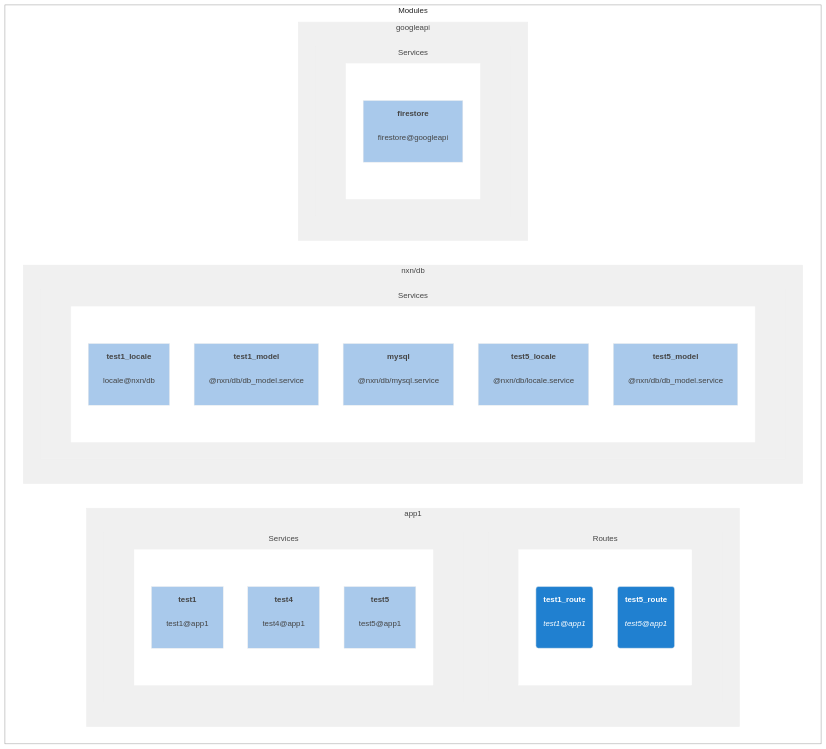
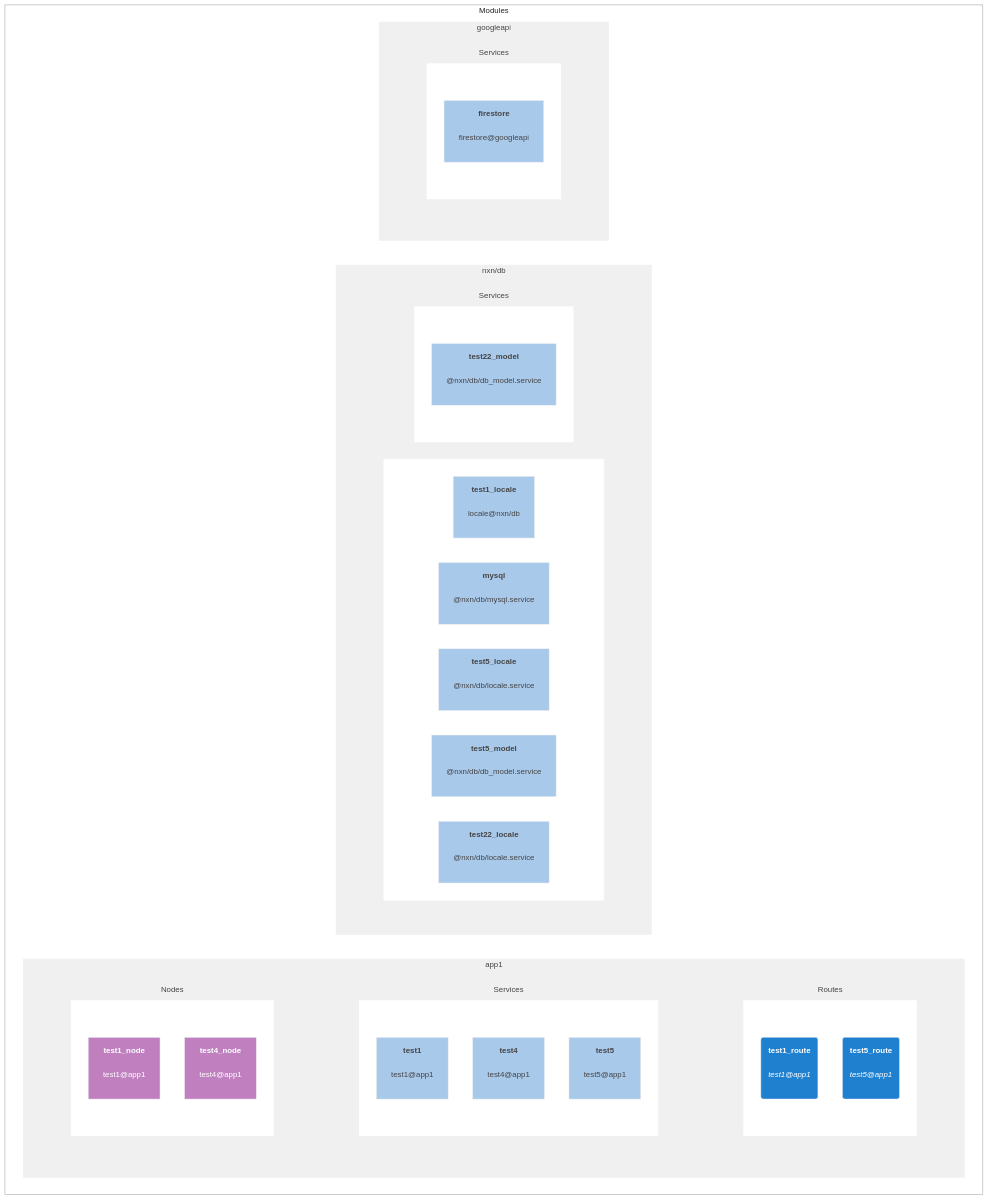
Before and after one commit to franck-yvetot/nxn-cli: the diagram in client_data/default/config_default.modules.README.mmd, drawn with Mermaid. The commit also changed 1 other file, not shown here.

```diff
--- a/client_data/default/config_default.modules.README.mmd
+++ b/client_data/default/config_default.modules.README.mmd
@@ -1,100 +1,124 @@
 graph TB;
 
 subgraph Modules
     direction LR;
     classDef nodeCls fill:#C080C0,stroke:#eee,color:#fff
     classDef routeCls fill:#2080D0,stroke:#eee,color:#fff
     classDef nodCls fill:#C080C0,stroke:#eee,color:#fff
     classDef serviceCls fill:#A9C9EB,stroke:#eee,color:#444
 
 
 subgraph app1
 direction TB;
 
 subgraph app1:routes["Routes"]
 direction LR;
 
 subgraph app1_routes1
 direction TB;
     test1_route_doc("<b>test1_route</b><br><br><i>test1@app1</i><br><br>"):::routeCls
 
     test5_route_doc("<b>test5_route</b><br><br><i>test5@app1</i><br><br>"):::routeCls
 
 end
 style app1_routes1 fill:#fff,stroke:#fff,color:#fff
 
 end
 style app1:routes fill:#f0f0f0,stroke:#eee,color:#444
 
 
 subgraph app1:services["Services"]
 direction LR;
 
 subgraph app1_services1
 direction TB;
     test1_doc["<b>test1</b><br><br>test1@app1<br><br>"]:::serviceCls
 
     test4_doc["<b>test4</b><br><br>test4@app1<br><br>"]:::serviceCls
 
     test5_doc["<b>test5</b><br><br>test5@app1<br><br>"]:::serviceCls
 
 end
 style app1_services1 fill:#fff,stroke:#fff,color:#fff
 
 end
 style app1:services fill:#f0f0f0,stroke:#eee,color:#444
 
+
+subgraph app1:nodes["Nodes"]
+direction LR;
+
+subgraph app1_nodes1
+direction TB;
+    test1_node_doc["<b>test1_node</b><br><br>test1@app1<br><br>"]:::nodeCls
+
+    test4_node_doc["<b>test4_node</b><br><br>test4@app1<br><br>"]:::nodeCls
+
+end
+style app1_nodes1 fill:#fff,stroke:#fff,color:#fff
+
+end
+style app1:nodes fill:#f0f0f0,stroke:#eee,color:#444
+
 end
 style app1 fill:#f0f0f0,stroke:#eee,color:#444
 
 
 
 subgraph nxn/db
 direction TB;
 
 subgraph nxn/db:services["Services"]
 direction LR;
 
 subgraph nxn/db_services1
 direction TB;
     test1_locale_doc["<b>test1_locale</b><br><br>locale@nxn/db<br><br>"]:::serviceCls
 
-    test1_model_doc["<b>test1_model</b><br><br>@nxn/db/db_model.service<br><br>"]:::serviceCls
-
     mysql_doc["<b>mysql</b><br><br>@nxn/db/mysql.service<br><br>"]:::serviceCls
 
     test5_locale_doc["<b>test5_locale</b><br><br>@nxn/db/locale.service<br><br>"]:::serviceCls
 
     test5_model_doc["<b>test5_model</b><br><br>@nxn/db/db_model.service<br><br>"]:::serviceCls
 
+    test22_locale_doc["<b>test22_locale</b><br><br>@nxn/db/locale.service<br><br>"]:::serviceCls
+
 end
 style nxn/db_services1 fill:#fff,stroke:#fff,color:#fff
+
+
+subgraph nxn/db_services2
+direction TB;
+    test22_model_doc["<b>test22_model</b><br><br>@nxn/db/db_model.service<br><br>"]:::serviceCls
+
+end
+style nxn/db_services2 fill:#fff,stroke:#fff,color:#fff
 
 end
 style nxn/db:services fill:#f0f0f0,stroke:#eee,color:#444
 
 end
 style nxn/db fill:#f0f0f0,stroke:#eee,color:#444
 
 
 
 subgraph googleapi
 direction TB;
 
 subgraph googleapi:services["Services"]
 direction LR;
 
 subgraph googleapi_services1
 direction TB;
     firestore_doc["<b>firestore</b><br><br>firestore@googleapi<br><br>"]:::serviceCls
 
 end
 style googleapi_services1 fill:#fff,stroke:#fff,color:#fff
 
 end
 style googleapi:services fill:#f0f0f0,stroke:#eee,color:#444
 
 end
 style googleapi fill:#f0f0f0,stroke:#eee,color:#444
 end
 style Modules fill:#fff,stroke:#999,color:#222
```
